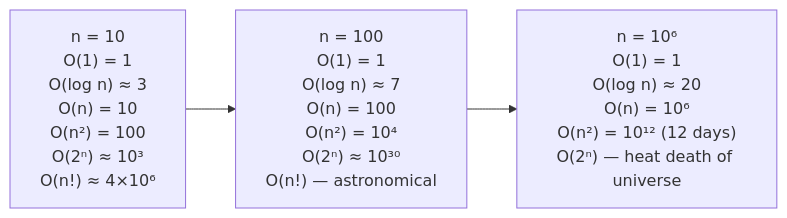
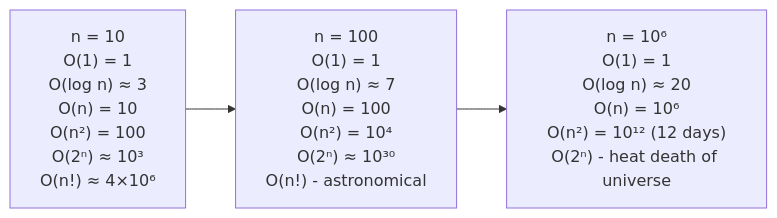
One commit to Ridzzz0Alam/engineering-path changed the diagram in src/data/handbooks/dsa/part-0-foundations/01-complexity-big-o.md. Above: the diagram before and after it, drawn with Mermaid. The commit also changed other lines of this file and 283 other files, not shown here.

````diff
--- a/src/data/handbooks/dsa/part-0-foundations/01-complexity-big-o.md
+++ b/src/data/handbooks/dsa/part-0-foundations/01-complexity-big-o.md
@@ -83,5 +83,5 @@
 ```mermaid
 flowchart LR
-    A["n = 10<br/>O(1) = 1<br/>O(log n) ≈ 3<br/>O(n) = 10<br/>O(n²) = 100<br/>O(2ⁿ) ≈ 10³<br/>O(n!) ≈ 4×10⁶"] --> B["n = 100<br/>O(1) = 1<br/>O(log n) ≈ 7<br/>O(n) = 100<br/>O(n²) = 10⁴<br/>O(2ⁿ) ≈ 10³⁰<br/>O(n!) — astronomical"]
-    B --> C["n = 10⁶<br/>O(1) = 1<br/>O(log n) ≈ 20<br/>O(n) = 10⁶<br/>O(n²) = 10¹² (12 days)<br/>O(2ⁿ) — heat death of universe"]
+    A["n = 10<br/>O(1) = 1<br/>O(log n) ≈ 3<br/>O(n) = 10<br/>O(n²) = 100<br/>O(2ⁿ) ≈ 10³<br/>O(n!) ≈ 4×10⁶"] --> B["n = 100<br/>O(1) = 1<br/>O(log n) ≈ 7<br/>O(n) = 100<br/>O(n²) = 10⁴<br/>O(2ⁿ) ≈ 10³⁰<br/>O(n!) - astronomical"]
+    B --> C["n = 10⁶<br/>O(1) = 1<br/>O(log n) ≈ 20<br/>O(n) = 10⁶<br/>O(n²) = 10¹² (12 days)<br/>O(2ⁿ) - heat death of universe"]
 ```
````
